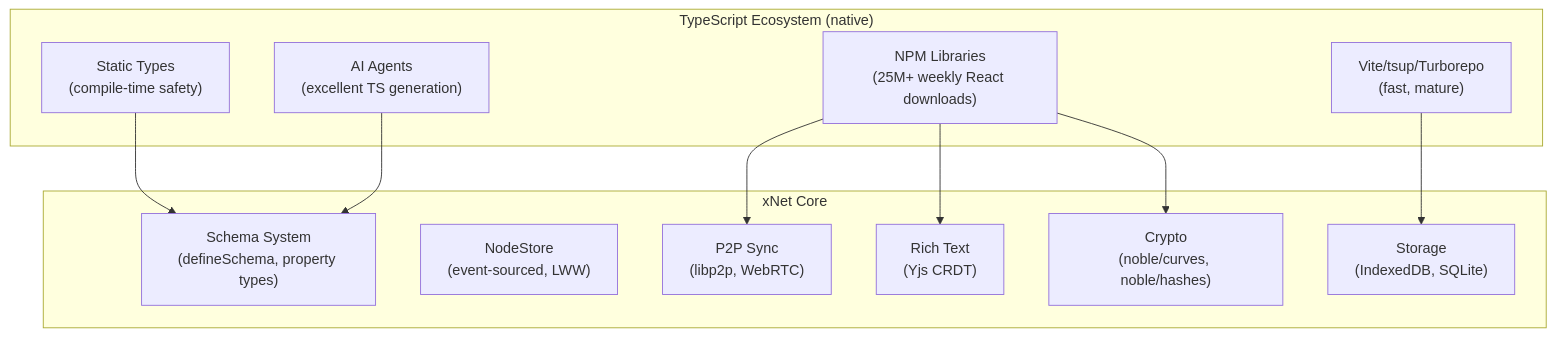
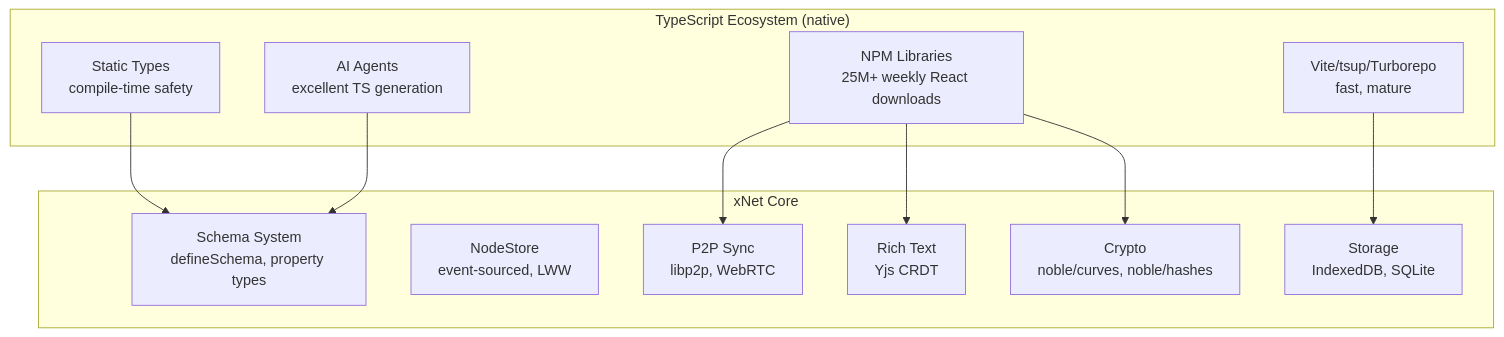
One commit to crs48/xNet changed the first of 8 diagrams in docs/explorations/CLOJURE_PORT.md. Above: the diagram before and after it, drawn with Mermaid. The commit also changed other lines of this file and 21 other files, not shown here.

First line of the commit message:
Fix Mermaid parse errors: remove parentheses in flowchart node labels after <br/> tags

````diff
--- a/docs/explorations/CLOJURE_PORT.md
+++ b/docs/explorations/CLOJURE_PORT.md
@@ -15,25 +15,25 @@
 ```mermaid
 flowchart TD
     subgraph "TypeScript Ecosystem (native)"
-        TS_TYPES["Static Types<br/>(compile-time safety)"]
-        TS_LIBS["NPM Libraries<br/>(25M+ weekly React downloads)"]
-        TS_BUILD["Vite/tsup/Turborepo<br/>(fast, mature)"]
-        TS_AI["AI Agents<br/>(excellent TS generation)"]
+        TS_TYPES["Static Types<br/>compile-time safety"]
+        TS_LIBS["NPM Libraries<br/>25M+ weekly React downloads"]
+        TS_BUILD["Vite/tsup/Turborepo<br/>fast, mature"]
+        TS_AI["AI Agents<br/>excellent TS generation"]
     end
 
     subgraph "xNet Core"
-        SCHEMAS["Schema System<br/>(defineSchema, property types)"]
-        STORE["NodeStore<br/>(event-sourced, LWW)"]
-        SYNC["P2P Sync<br/>(libp2p, WebRTC)"]
-        CRDT["Rich Text<br/>(Yjs CRDT)"]
-        CRYPTO["Crypto<br/>(noble/curves, noble/hashes)"]
-        STORAGE["Storage<br/>(IndexedDB, SQLite)"]
+        SCHEMAS["Schema System<br/>defineSchema, property types"]
+        STORE["NodeStore<br/>event-sourced, LWW"]
+        SYNC["P2P Sync<br/>libp2p, WebRTC"]
+        CRDT["Rich Text<br/>Yjs CRDT"]
+        CRYPTO["Crypto<br/>noble/curves, noble/hashes"]
+        STORAGE["Storage<br/>IndexedDB, SQLite"]
     end
 
     TS_TYPES --> SCHEMAS
     TS_LIBS --> SYNC
     TS_LIBS --> CRDT
     TS_LIBS --> CRYPTO
     TS_BUILD --> STORAGE
     TS_AI --> SCHEMAS
 ```
````
